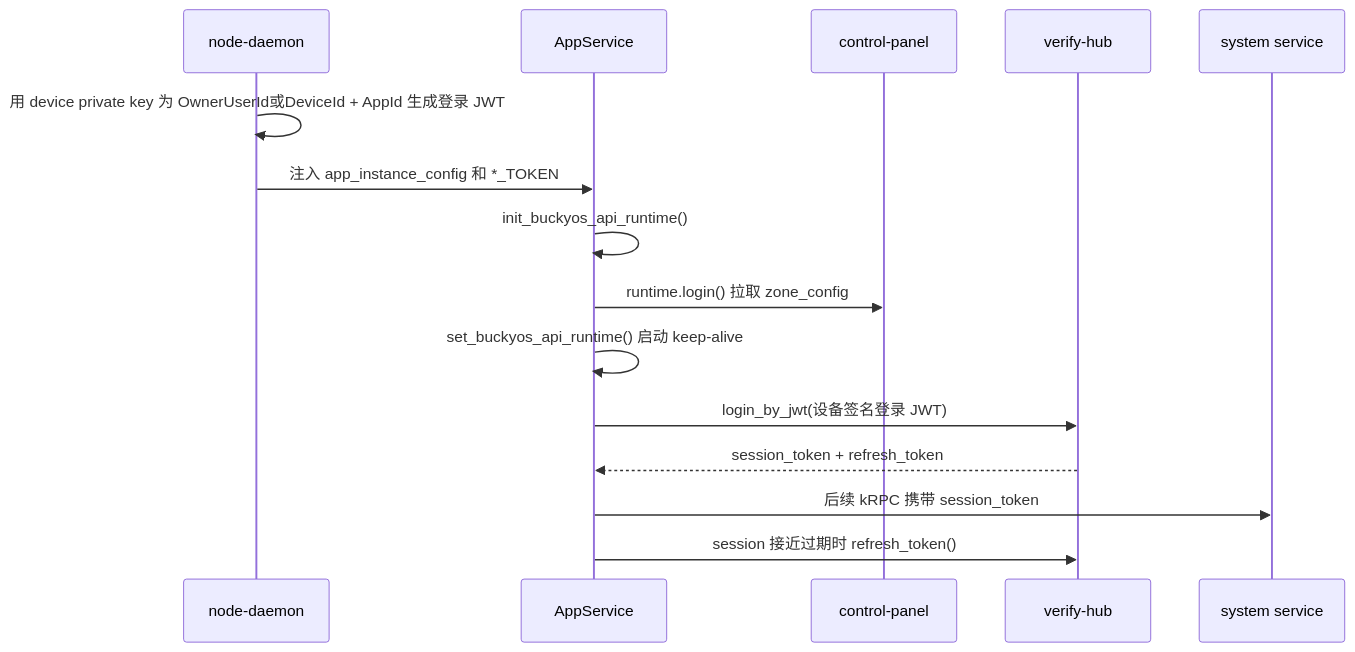
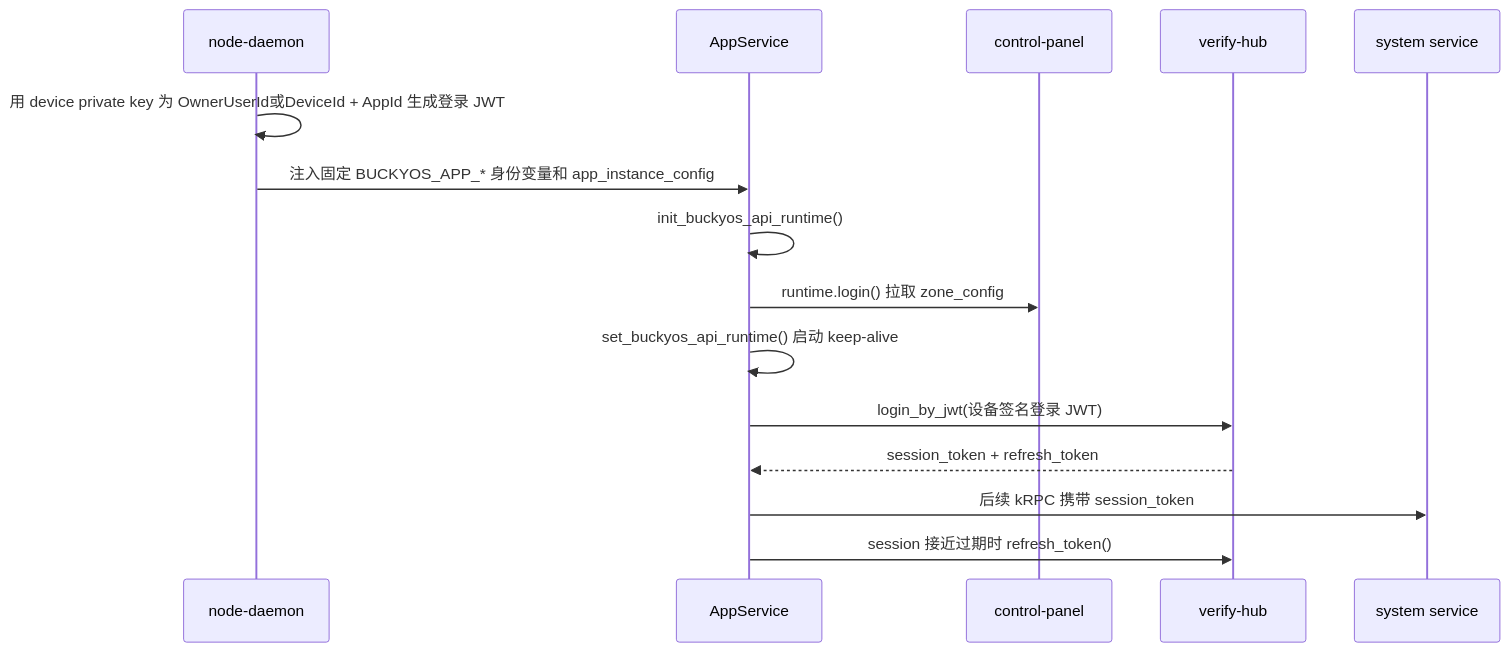
One commit to buckyos/buckyos changed the diagram in doc/sdk/runtime-login.md. Above: the diagram before and after it, drawn with Mermaid. The commit also changed other lines of this file and 58 other files, not shown here.

````diff
--- a/doc/sdk/runtime-login.md
+++ b/doc/sdk/runtime-login.md
@@ -95,18 +95,18 @@
 ```mermaid
 sequenceDiagram
   participant ND as node-daemon
   participant App as AppService
   participant CP as control-panel
   participant VH as verify-hub
   participant Svc as system service
 
   ND->>ND: 用 device private key 为 OwnerUserId或DeviceId + AppId 生成登录 JWT
-  ND->>App: 注入 app_instance_config 和 *_TOKEN
+  ND->>App: 注入固定 BUCKYOS_APP_* 身份变量和 app_instance_config
   App->>App: init_buckyos_api_runtime()
   App->>CP: runtime.login() 拉取 zone_config
   App->>App: set_buckyos_api_runtime() 启动 keep-alive
   App->>VH: login_by_jwt(设备签名登录 JWT)
   VH-->>App: session_token + refresh_token
   App->>Svc: 后续 kRPC 携带 session_token
   App->>VH: session 接近过期时 refresh_token()
 ```
````
